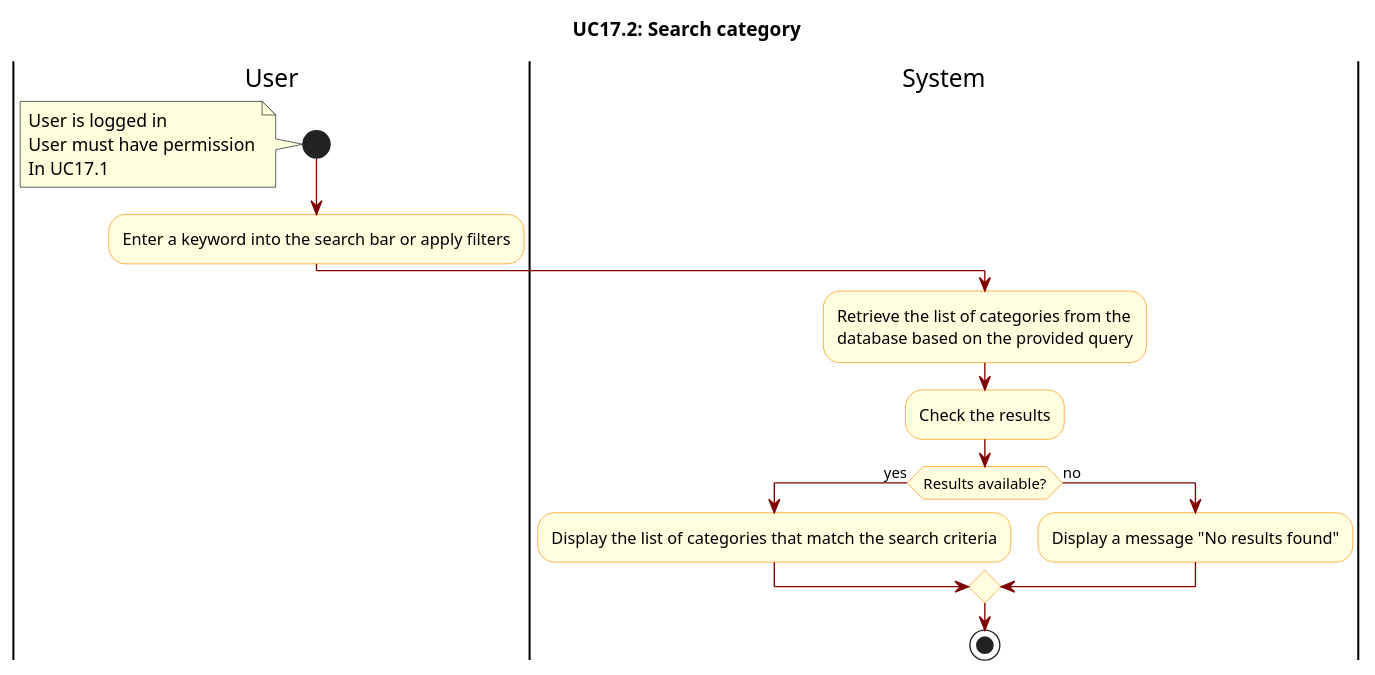
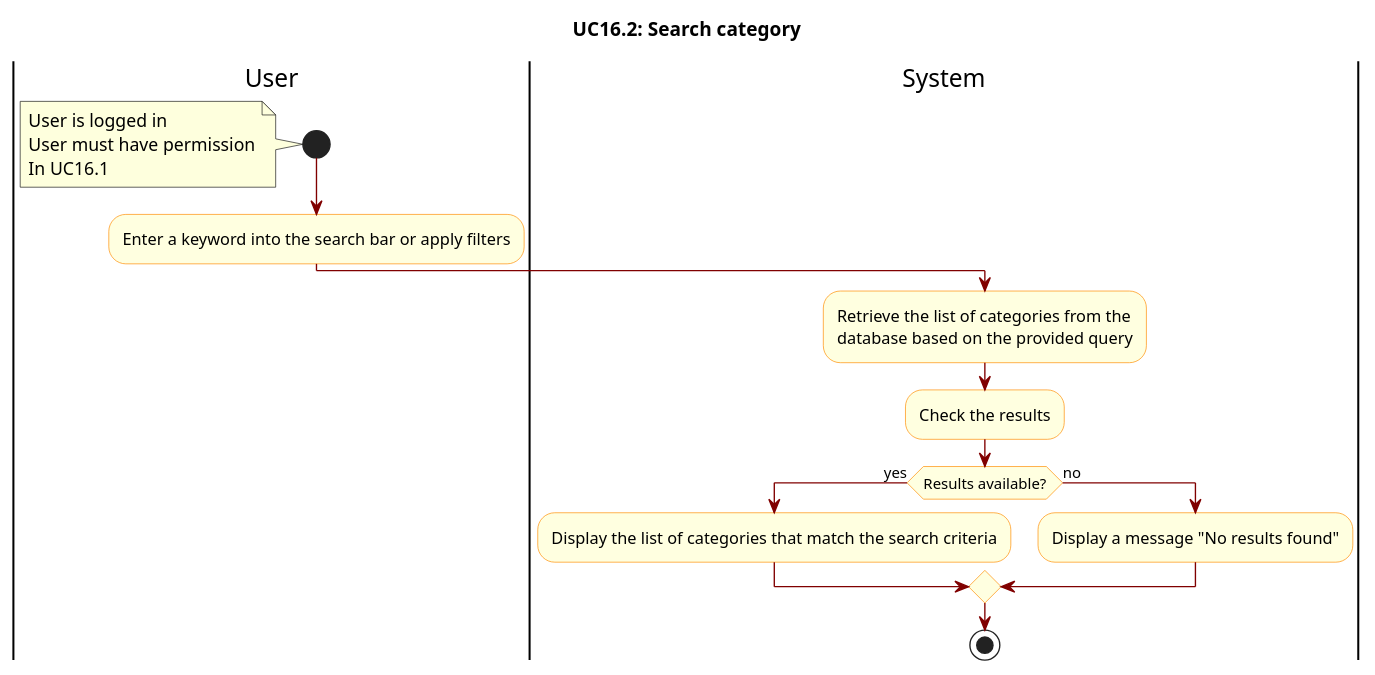
One commit to hiusnguyen201/BE_ClothingShop changed the diagram in docs/activity diagram/UC17.2-SearchCategory.wsd. Above: the diagram before and after it, drawn with PlantUML. The commit also changed 79 other files, not shown here.

Commit message:
#73 thuongbsls2004 fix activity diagram

```diff
--- a/docs/activity diagram/UC17.2-SearchCategory.wsd
+++ b/docs/activity diagram/UC17.2-SearchCategory.wsd
@@ -1,33 +1,33 @@
 @startuml
 
 skinparam ActivityBackgroundColor LightYellow
 skinparam ActivityBorderColor DarkOrange
 skinparam ArrowColor Maroon
 
-title UC17.2: Search category
+title UC16.2: Search category
 
 |User|
 start
 note left
     User is logged in  
     User must have permission
-    In UC17.1
+    In UC16.1
 end note
 
 |User|
 :Enter a keyword into the search bar or apply filters;
 
 |System|
 :Retrieve the list of categories from the 
 database based on the provided query;
 :Check the results;
 
 if(Results available?) then(yes)
     :Display the list of categories that match the search criteria;
 else(no)
     :Display a message "No results found";
 endif
 
 stop
 
 @enduml
```
